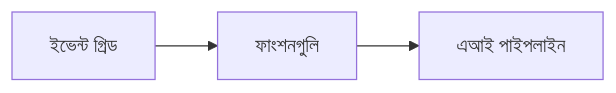
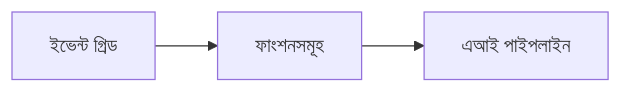
The second of 2 diagrams in translations/bn/docs/chapter-08-production/README.md (microsoft/AZD-for-beginners), drawn with Mermaid before and after one commit. The commit also changed other lines of this file and 104 other files, not shown here.

````diff
--- a/translations/bn/docs/chapter-08-production/README.md
+++ b/translations/bn/docs/chapter-08-production/README.md
@@ -56,4 +57,4 @@
 ```mermaid
 graph LR
-    EventGrid[ইভেন্ট গ্রিড] --> Functions[ফাংশনগুলি] --> Pipeline[এআই পাইপলাইন]
+    EventGrid[ইভেন্ট গ্রিড] --> Functions[ফাংশনসমূহ] --> Pipeline[এআই পাইপলাইন]
 ```
````
